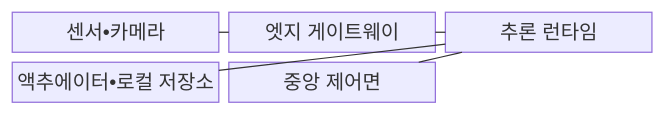
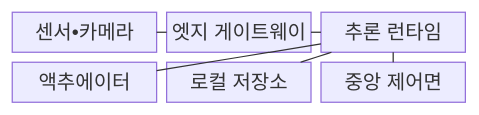
The first of 2 diagrams in src/content/docs/notes/08-latest-tech/051_edge_ai.md (agnusdei1207/knowledge-base), drawn with Mermaid before and after one commit. The commit also changed other lines of this file and 20 other files, not shown here.

````diff
--- a/src/content/docs/notes/08-latest-tech/051_edge_ai.md
+++ b/src/content/docs/notes/08-latest-tech/051_edge_ai.md
@@ -68,13 +69,15 @@
 ```mermaid
 block-beta
   columns 3
   A["센서•카메라"]
   B["엣지 게이트웨이"]
   C["추론 런타임"]
-  D["액추에이터•로컬 저장소"]
+  D["액추에이터"]
+  L["로컬 저장소"]
   E["중앙 제어면"]
   A --- B
   B --- C
   C --- D
+  C --- L
   C --- E
 ```
````
